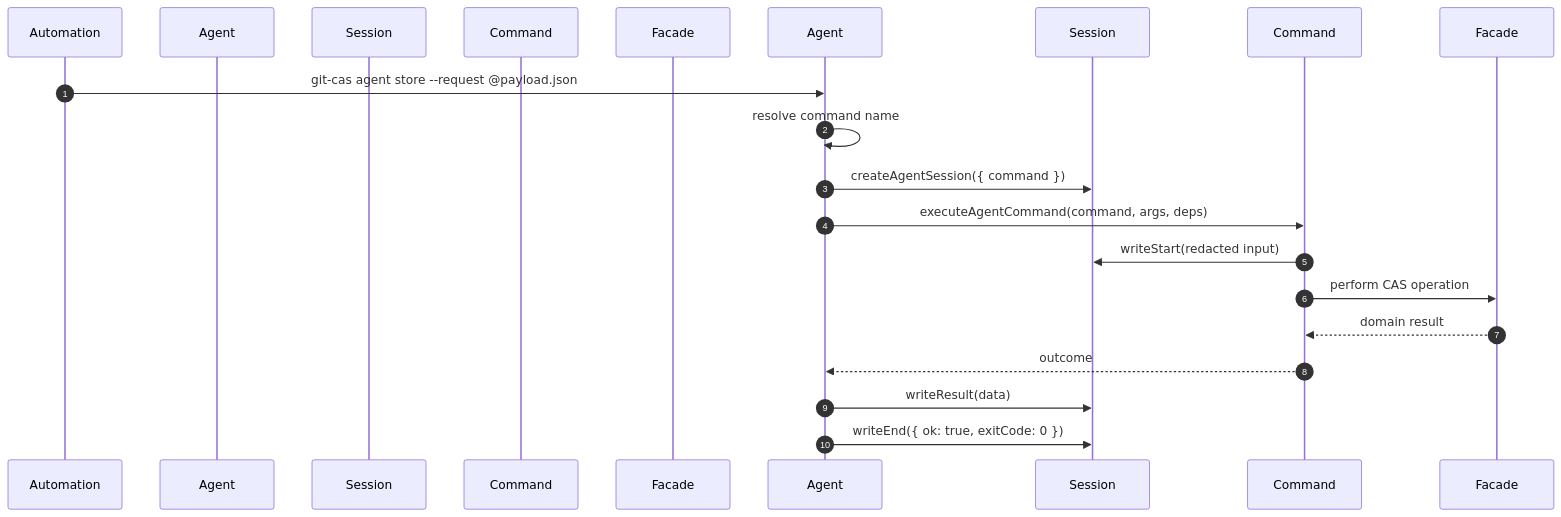
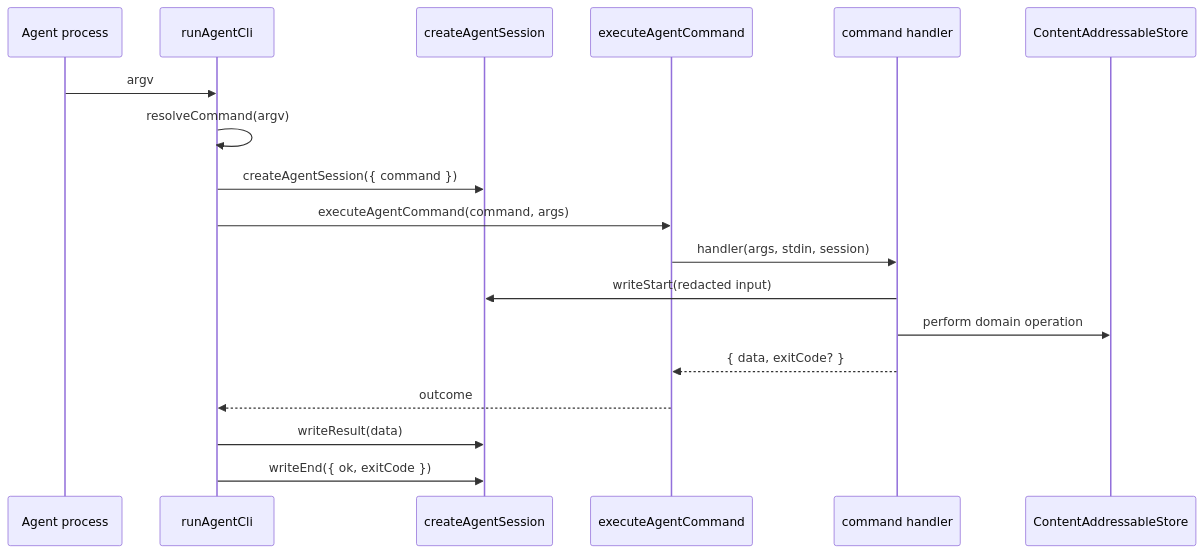
One commit to git-stunts/git-cas changed diagram 19 of 33 in docs/TECHNICAL_TEARDOWN.md. Above: the diagram before and after it, drawn with Mermaid. The commit also changed other lines of this file, not shown here.

````diff
--- a/docs/TECHNICAL_TEARDOWN.md
+++ b/docs/TECHNICAL_TEARDOWN.md
@@ -644,20 +919,21 @@
 ```mermaid
 sequenceDiagram
-    autonumber
-    participant Automation as Automation
-    participant runAgentCli() as Agent
-    participant AgentSession as Session
-    participant executeAgentCommand() as Command
-    participant ContentAddressableStore as Facade
+    participant Agent as Agent process
+    participant CLI as runAgentCli
+    participant Session as createAgentSession
+    participant Dispatch as executeAgentCommand
+    participant Handler as command handler
+    participant Facade as ContentAddressableStore
 
-    Automation->>Agent: git-cas agent store --request @payload.json
-    Agent->>Agent: resolve command name
-    Agent->>Session: createAgentSession({ command })
-    Agent->>Command: executeAgentCommand(command, args, deps)
-    Command->>Session: writeStart(redacted input)
-    Command->>Facade: perform CAS operation
-    Facade-->>Command: domain result
-    Command-->>Agent: outcome
-    Agent->>Session: writeResult(data)
-    Agent->>Session: writeEnd({ ok: true, exitCode: 0 })
+    Agent->>CLI: argv
+    CLI->>CLI: resolveCommand(argv)
+    CLI->>Session: createAgentSession({ command })
+    CLI->>Dispatch: executeAgentCommand(command, args)
+    Dispatch->>Handler: handler(args, stdin, session)
+    Handler->>Session: writeStart(redacted input)
+    Handler->>Facade: perform domain operation
+    Handler-->>Dispatch: { data, exitCode? }
+    Dispatch-->>CLI: outcome
+    CLI->>Session: writeResult(data)
+    CLI->>Session: writeEnd({ ok, exitCode })
 ```
````
